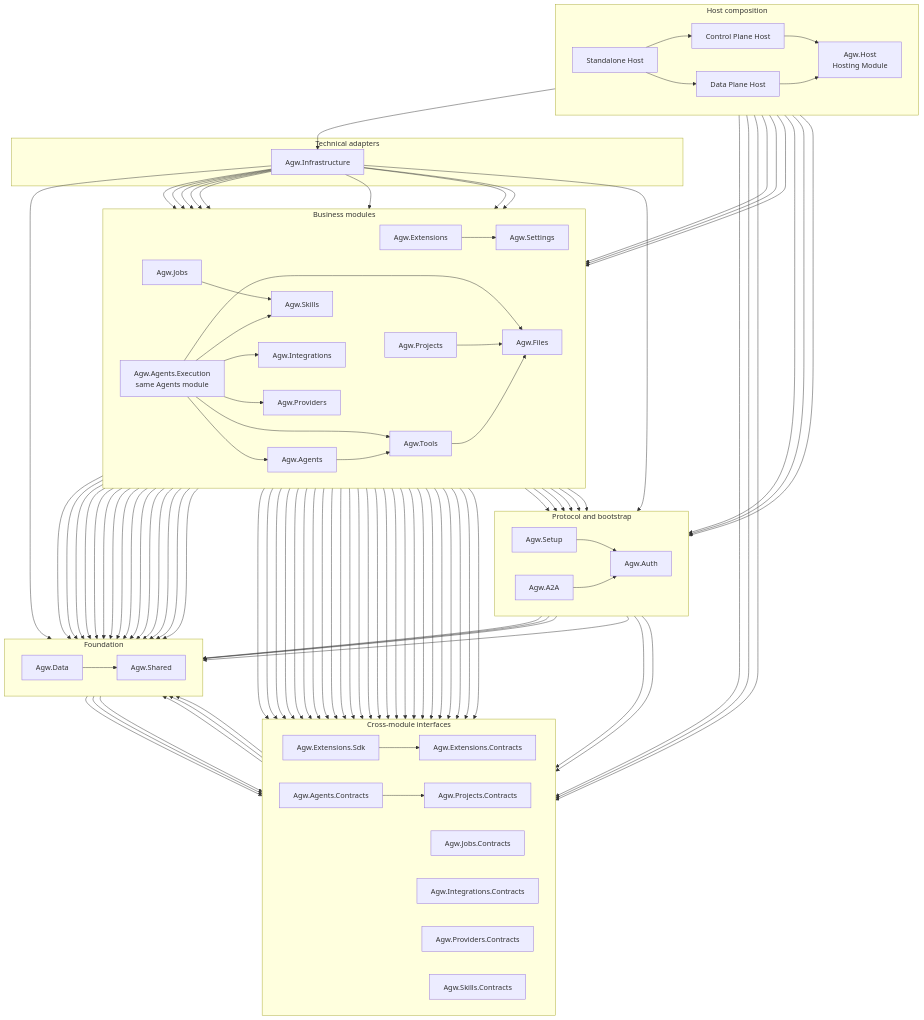
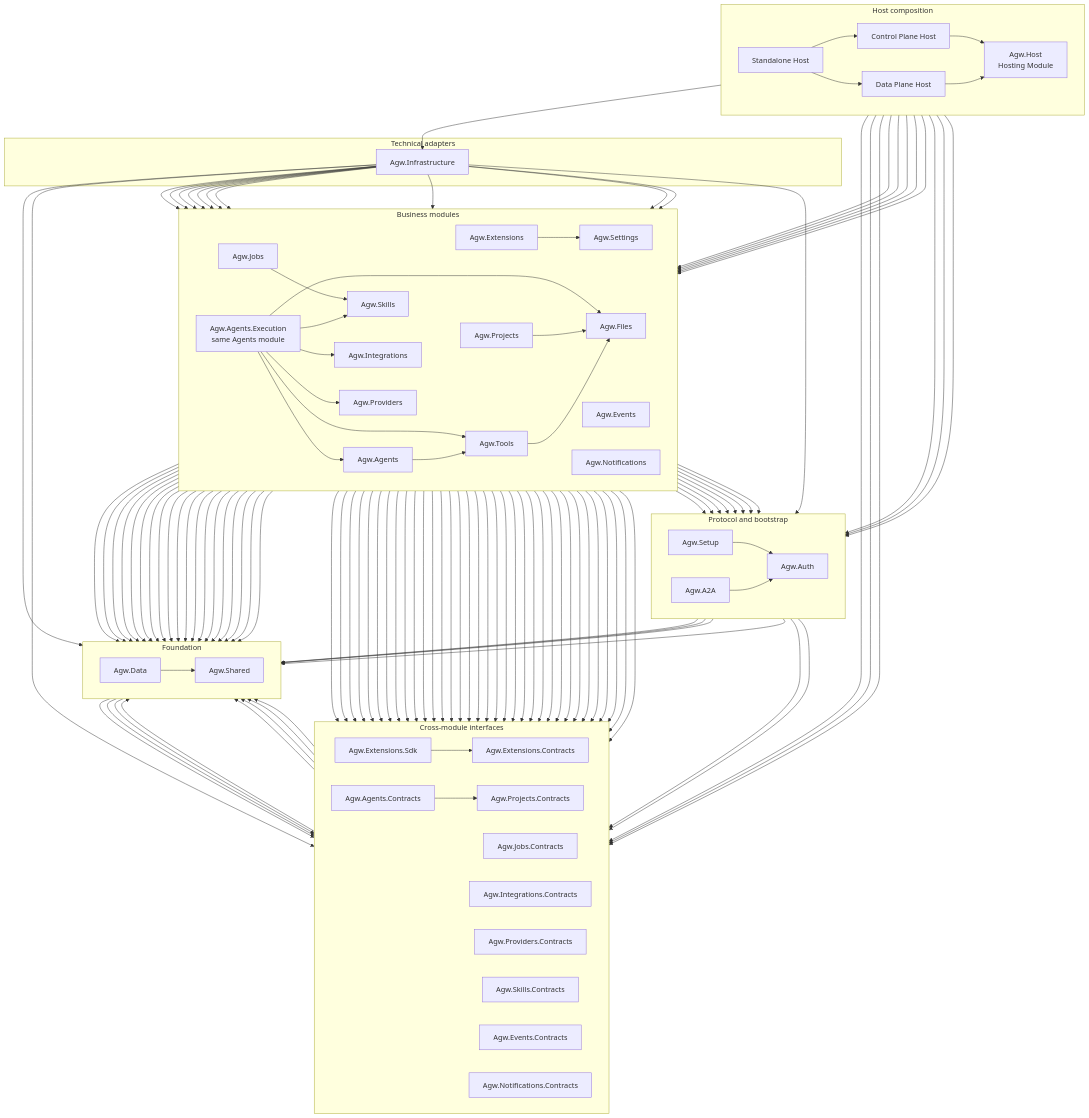
One commit to zxyao145/agw changed the diagram in docs/2.Architecture.md. Above: the diagram before and after it, drawn with Mermaid. The commit also changed other lines of this file and 475 other files, not shown here.

```diff
--- a/docs/2.Architecture.md
+++ b/docs/2.Architecture.md
@@ -94,6 +98,8 @@
         FILES["Agw.Files"]
         EXTENSIONS["Agw.Extensions"]
         SETTINGS["Agw.Settings"]
+        EVENTS["Agw.Events"]
+        NOTIFICATIONS["Agw.Notifications"]
     end
 
     subgraph Interfaces["Cross-module interfaces"]
@@ -106,6 +112,8 @@
         SKILL_CONTRACTS["Agw.Skills.Contracts"]
         EXTENSION_CONTRACTS["Agw.Extensions.Contracts"]
         EXTENSION_SDK["Agw.Extensions.Sdk"]
+        EVENT_CONTRACTS["Agw.Events.Contracts"]
+        NOTIFICATION_CONTRACTS["Agw.Notifications.Contracts"]
     end
 
     subgraph Foundation["Foundation"]
@@ -128,6 +136,8 @@
     HOST --> SETUP
     HOST --> A2A
     HOST --> EXTENSIONS
+    HOST --> EVENTS
+    HOST --> NOTIFICATIONS
 
     SETUP --> AUTH
     SETUP --> SHARED
@@ -147,6 +157,26 @@
     INFRA --> DATA
     INFRA --> TOOLS
     INFRA --> EXTENSIONS
+    INFRA --> EVENTS
+    INFRA --> EVENT_CONTRACTS
+    INFRA --> NOTIFICATIONS
+
+    EVENTS --> EVENT_CONTRACTS
+    EVENTS --> AGENT_CONTRACTS
+    EVENTS --> PROJECT_CONTRACTS
+    EVENTS --> INTEGRATION_CONTRACTS
+    EVENTS --> EXTENSION_CONTRACTS
+    EVENTS --> AUTH
+    EVENTS --> DATA
+    EVENTS --> SHARED
+    NOTIFICATIONS --> NOTIFICATION_CONTRACTS
+    NOTIFICATIONS --> EVENT_CONTRACTS
+    NOTIFICATIONS --> EXTENSION_CONTRACTS
+    NOTIFICATIONS --> AUTH
+    NOTIFICATIONS --> DATA
+    NOTIFICATIONS --> SHARED
+    EVENT_CONTRACTS --> SHARED
+    NOTIFICATION_CONTRACTS --> SHARED
 
     EXTENSIONS --> EXTENSION_CONTRACTS
     EXTENSIONS --> EXTENSION_SDK
@@ -180,6 +210,7 @@
     EXECUTION --> SKILLS
     EXECUTION --> TOOLS
     EXECUTION --> EXTENSION_CONTRACTS
+    EXECUTION --> EVENT_CONTRACTS
 
     AGENTS --> AUTH
     AGENTS --> AGENT_CONTRACTS
```
